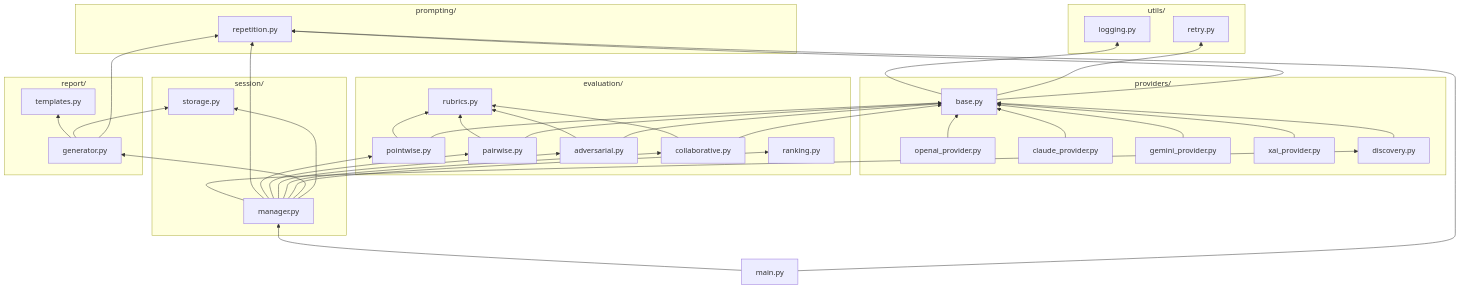
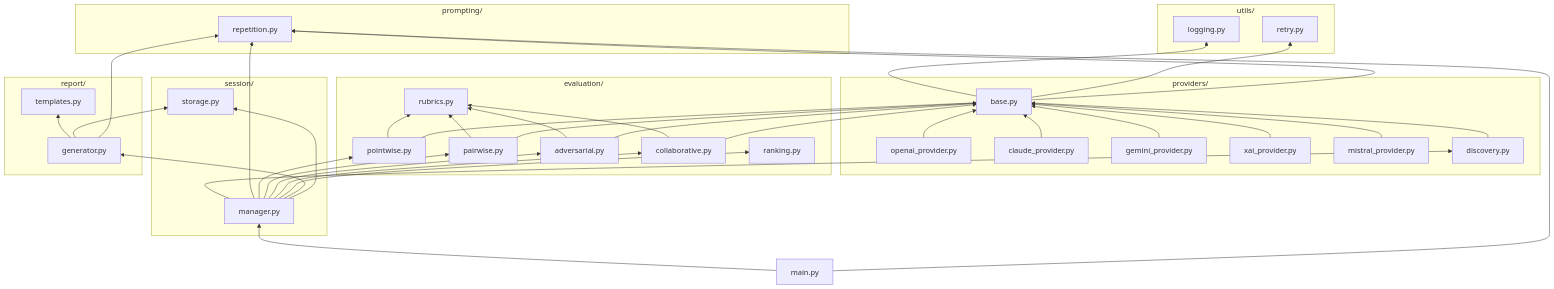
Before and after one commit to rondilley/llm_compare: diagram 18 of 19 in docs/ARCHITECTURE.md, drawn with Mermaid. The commit also changed other lines of this file and 2 other files, not shown here.

````diff
--- a/docs/ARCHITECTURE.md
+++ b/docs/ARCHITECTURE.md
@@ -624,60 +636,61 @@
 ```mermaid
 flowchart BT
     subgraph Utils["utils/"]
         LOG[logging.py]
         RETRY[retry.py]
     end
 
     subgraph Prompting["prompting/"]
         REP[repetition.py]
     end
 
     subgraph Providers["providers/"]
         BASE[base.py]
         OAI[openai_provider.py]
         CLD[claude_provider.py]
         GEM[gemini_provider.py]
         XAI_P[xai_provider.py]
+        MIS_P[mistral_provider.py]
         DISC[discovery.py]
     end
 
     subgraph Evaluation["evaluation/"]
         RUB[rubrics.py]
         POINT[pointwise.py]
         PAIR[pairwise.py]
         ADV[adversarial.py]
         COLL[collaborative.py]
         RANK_E[ranking.py]
     end
 
     subgraph Session["session/"]
         MGR[manager.py]
         STOR[storage.py]
     end
 
     subgraph Report["report/"]
         GEN[generator.py]
         TMPL[templates.py]
     end
 
     MAIN[main.py] --> MGR
     MAIN --> REP
     MGR --> DISC
     MGR --> REP
     MGR --> POINT & PAIR & ADV & COLL
     MGR --> RANK_E
     MGR --> GEN
     MGR --> STOR
 
     DISC --> BASE
-    OAI & CLD & GEM & XAI_P --> BASE
+    OAI & CLD & GEM & XAI_P & MIS_P --> BASE
     BASE --> LOG & RETRY
     BASE --> REP
 
     POINT & PAIR & ADV & COLL --> RUB
     POINT & PAIR & ADV & COLL --> BASE
 
     GEN --> TMPL
     GEN --> STOR
     GEN --> REP
 ```
````
